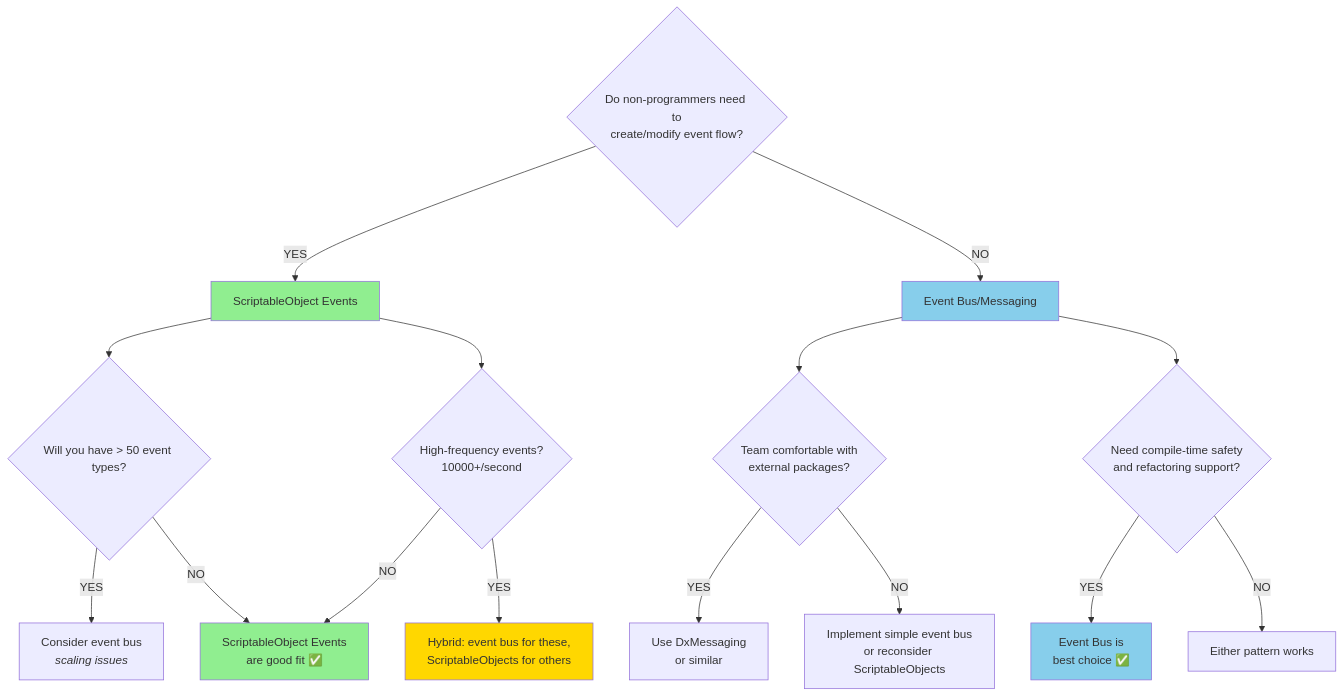
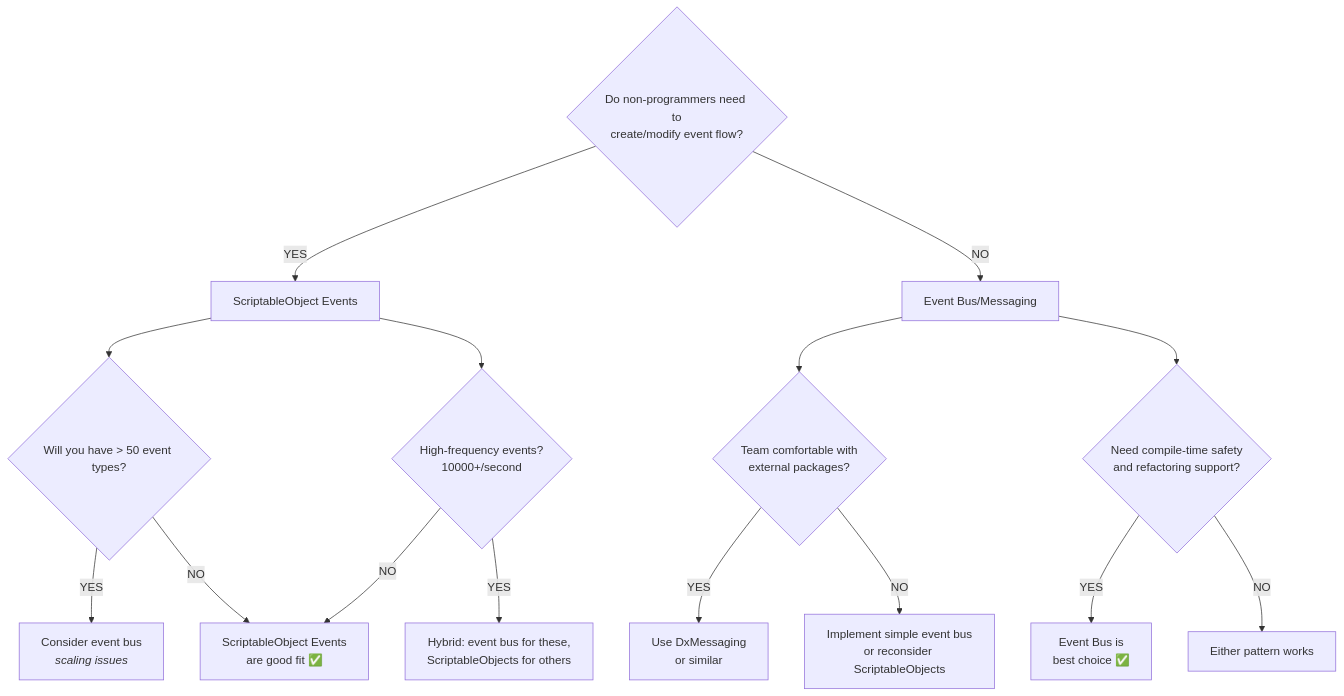
One commit to wallstop/unity-tips changed the diagram in docs/best-practices/10-event-systems.md. Above: the diagram before and after it, drawn with Mermaid. The commit also changed 27 other files, not shown here.

First line of the commit message:
Make Mermaid diagrams theme-aware for GitHub Pages

````diff
--- a/docs/best-practices/10-event-systems.md
+++ b/docs/best-practices/10-event-systems.md
@@ -1154,29 +1154,23 @@
 ```mermaid
 flowchart TD
     A{Do non-programmers need to<br/>create/modify event flow?}
 
     A -->|YES| B[ScriptableObject Events]
     A -->|NO| C[Event Bus/Messaging]
 
     B --> D{Will you have > 50 event types?}
     D -->|YES| E["Consider event bus<br/><i>scaling issues</i>"]
     D -->|NO| F["ScriptableObject Events<br/>are good fit ✅"]
 
     B --> G{High-frequency events?<br/>10000+/second}
     G -->|YES| H["Hybrid: event bus for these,<br/>ScriptableObjects for others"]
     G -->|NO| F
 
     C --> I{Team comfortable with<br/>external packages?}
     I -->|YES| J["Use DxMessaging<br/>or similar"]
     I -->|NO| K["Implement simple event bus<br/>or reconsider ScriptableObjects"]
 
     C --> L{Need compile-time safety<br/>and refactoring support?}
     L -->|YES| M["Event Bus is<br/>best choice ✅"]
     L -->|NO| N["Either pattern works"]
-
-    style B fill:#90EE90
-    style C fill:#87CEEB
-    style F fill:#90EE90
-    style M fill:#87CEEB
-    style H fill:#FFD700
 ```
````
